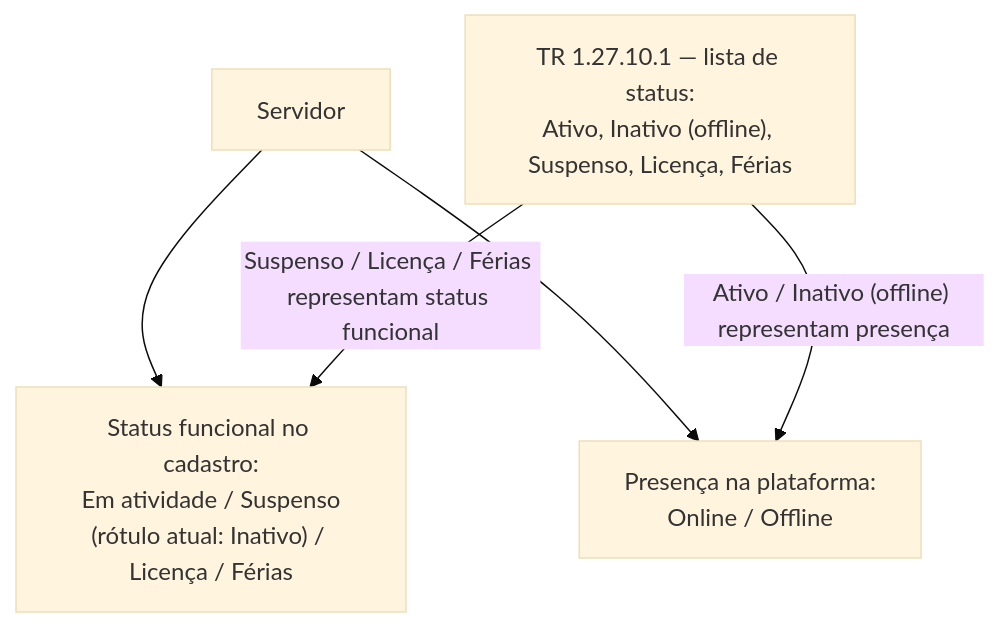
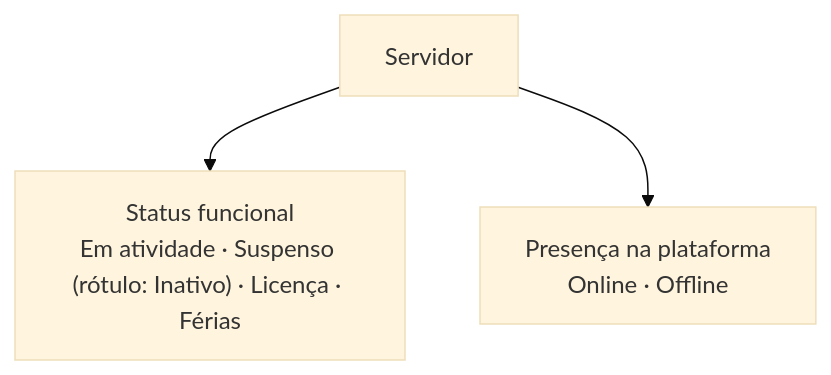
One commit to RafaCartaxo/brainwork changed the second of 2 diagrams in QA Workspace/02 Demandas/DEV/SGV-11262 - [QA-Automação] Termo de Referência SOGOV/SGV-12082 - Mapeamento de atores e modelo do preset do TR/01 Modelo do preset/Seções do TR/03 - Estrutura organizacional e cadastro de servidores (1.26–1.27).md. Above: the diagram before and after it, drawn with Mermaid (base theme). The commit also changed other lines of this file, not shown here.

Commit message:
vault backup: 2026-10-13 10:23:12

````diff
--- a/QA Workspace/02 Demandas/DEV/SGV-11262 - [QA-Automação] Termo de Referência SOGOV/SGV-12082 - Mapeamento de atores e modelo do preset do TR/01 Modelo do preset/Seções do TR/03 - Estrutura organizacional e cadastro de servidores (1.26–1.27).md
+++ b/QA Workspace/02 Demandas/DEV/SGV-11262 - [QA-Automação] Termo de Referência SOGOV/SGV-12082 - Mapeamento de atores e modelo do preset do TR/01 Modelo do preset/Seções do TR/03 - Estrutura organizacional e cadastro de servidores (1.26–1.27).md
@@ -32,8 +32,5 @@
 ```mermaid
 flowchart TB
-    Servidor["Servidor"] --> StatusFuncional["Status funcional no cadastro:<br/>Em atividade / Suspenso<br/>(rótulo atual: Inativo) / Licença / Férias"]
-    Servidor --> Presenca["Presença na plataforma:<br/>Online / Offline"]
-    TR["TR 1.27.10.1 — lista de status:<br/>Ativo, Inativo (offline), Suspenso, Licença, Férias"]
-    TR -->|"Ativo / Inativo (offline) representam presença"| Presenca
-    TR -->|"Suspenso / Licença / Férias representam status funcional"| StatusFuncional
+    Servidor["Servidor"] --> Funcional["Status funcional<br/>Em atividade · Suspenso (rótulo: Inativo) · Licença · Férias"]
+    Servidor --> Presenca["Presença na plataforma<br/>Online · Offline"]
 ```
````
